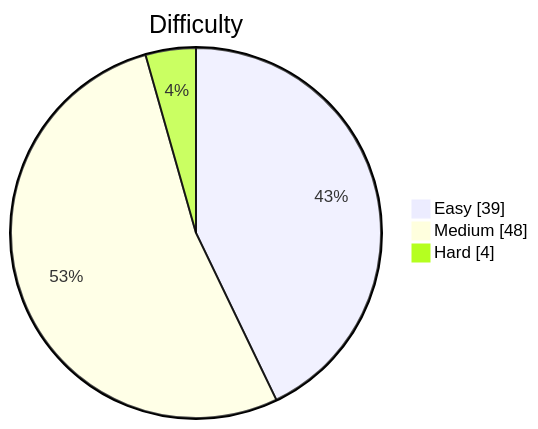
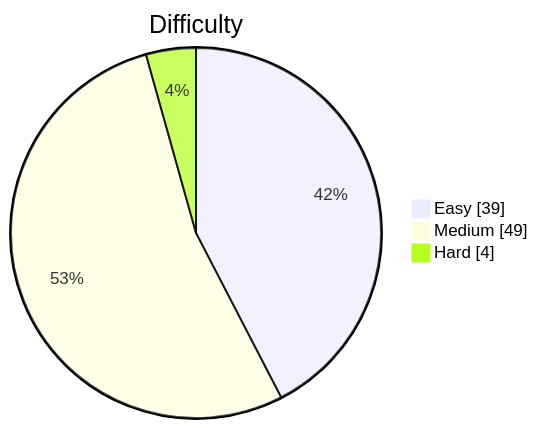
Before and after one commit to kevstevie/python-algo-practice: the diagram in README.md, drawn with Mermaid. The commit also changed other lines of this file, not shown here.

````diff
--- a/README.md
+++ b/README.md
@@ -13,7 +13,7 @@
 ```mermaid
 pie showData
     title Difficulty
     "Easy"   : 39
-    "Medium" : 48
+    "Medium" : 49
     "Hard"   : 4
 ```
````
